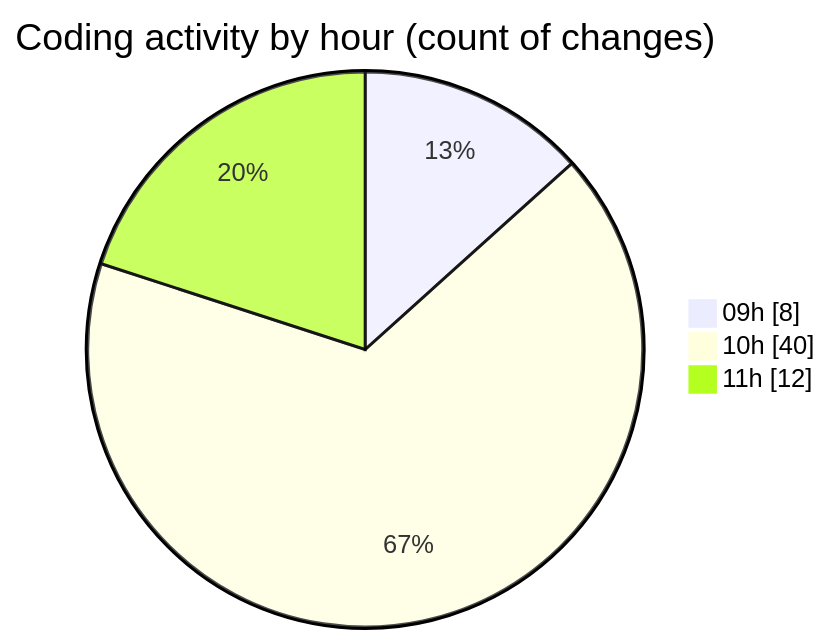
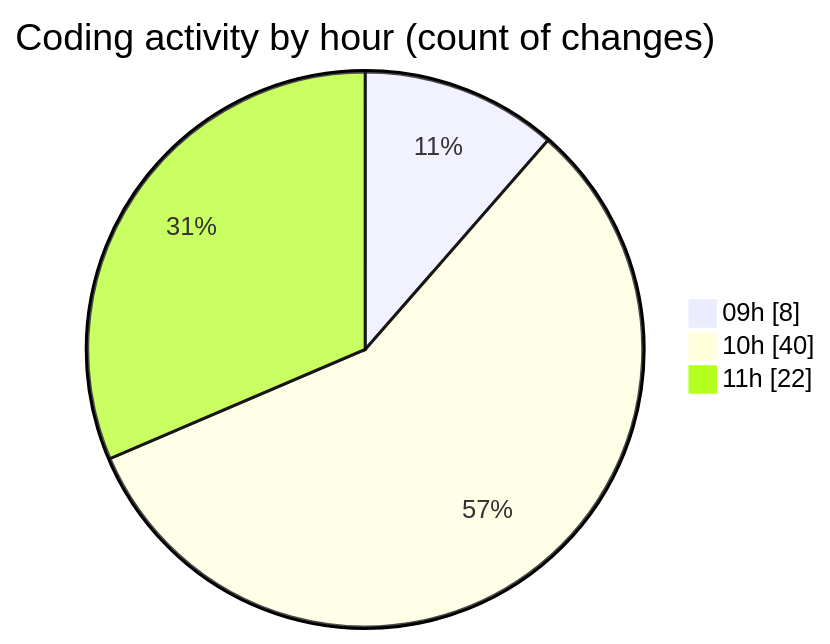
The second of 2 diagrams in 2025-09-01/cda/README.md (momahboobian/code-tracking), drawn with Mermaid before and after one commit. The commit also changed other lines of this file and 1 other file, not shown here.

````diff
--- a/2025-09-01/cda/README.md
+++ b/2025-09-01/cda/README.md
@@ -37,7 +37,7 @@
 ```mermaid
 pie showData
 title Coding activity by hour (count of changes)
 "09h" : 8
 "10h" : 40
-"11h" : 12
+"11h" : 22
 ```
````
